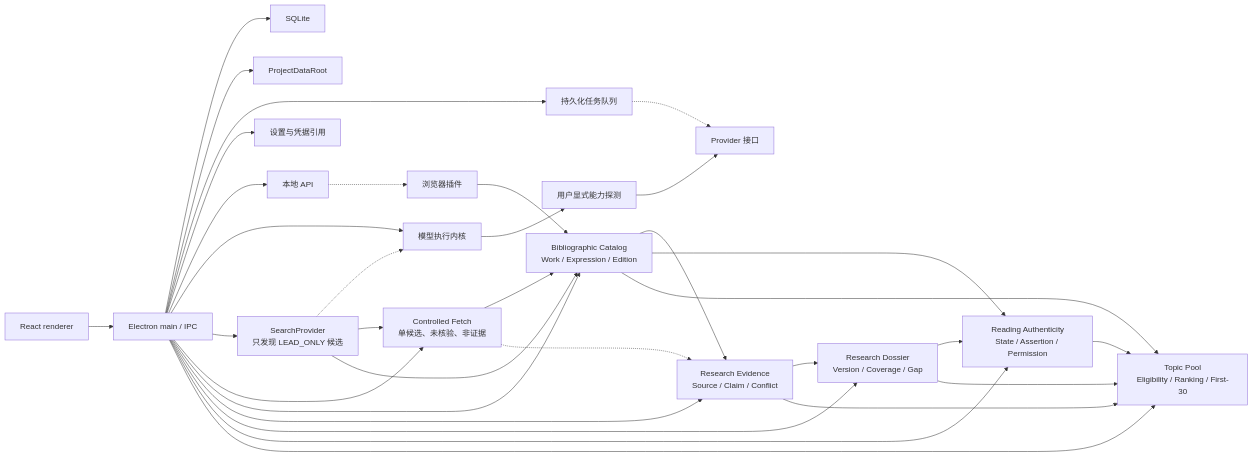
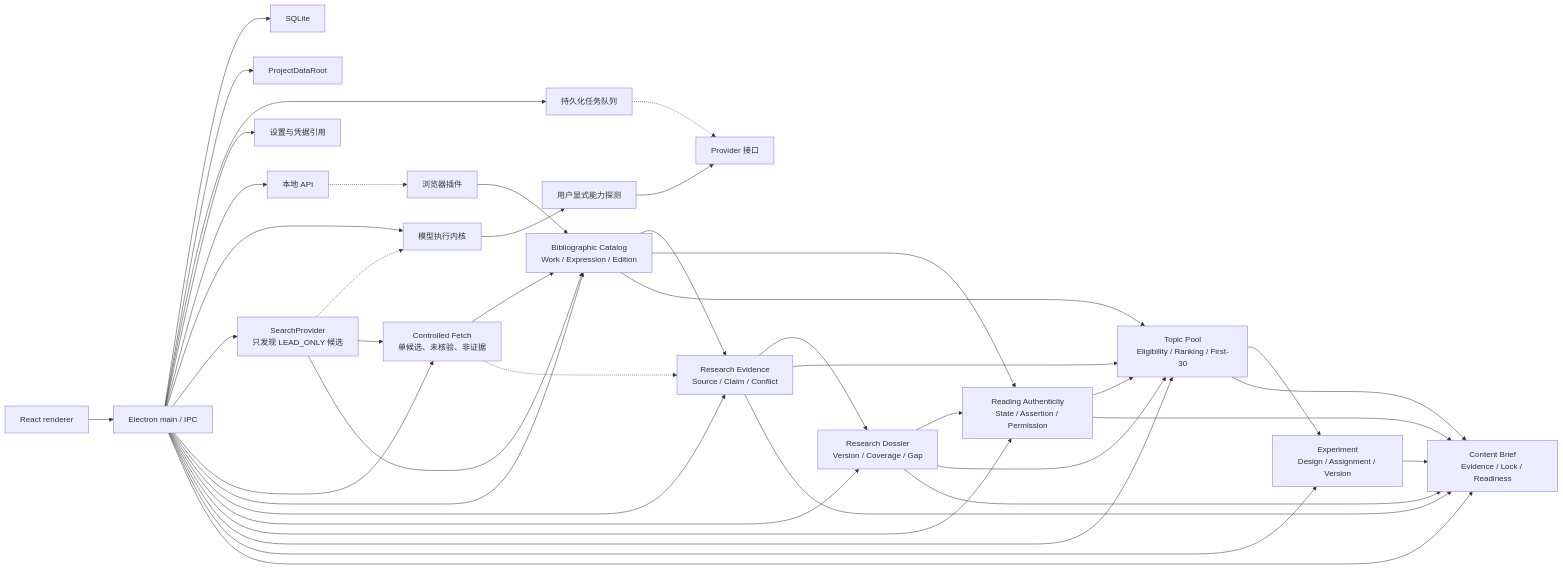
The second of 2 diagrams in README.md (KAtOReNA7/Rednote-Automated-Operation-Tool), drawn with Mermaid before and after one commit. The commit also changed other lines of this file and 85 other files, not shown here.

Commit message:
feat(content): add structured content brief generator

````diff
--- a/README.md
+++ b/README.md
@@ -160,35 +164,43 @@
 ```mermaid
 flowchart LR
     UI["React renderer"] --> MAIN["Electron main / IPC"]
     MAIN --> DB["SQLite"]
     MAIN --> FS["ProjectDataRoot"]
     MAIN --> QUEUE["持久化任务队列"]
     MAIN --> SETTINGS["设置与凭据引用"]
     MAIN --> API["本地 API"]
     MAIN --> MODEL["模型执行内核"]
     MAIN --> SEARCH["SearchProvider<br/>只发现 LEAD_ONLY 候选"]
     MAIN --> FETCH["Controlled Fetch<br/>单候选、未核验、非证据"]
     MAIN --> CATALOG["Bibliographic Catalog<br/>Work / Expression / Edition"]
     MAIN --> EVIDENCE["Research Evidence<br/>Source / Claim / Conflict"]
     MAIN --> DOSSIER["Research Dossier<br/>Version / Coverage / Gap"]
     MAIN --> AUTH["Reading Authenticity<br/>State / Assertion / Permission"]
     MAIN --> TOPICS["Topic Pool<br/>Eligibility / Ranking / First-30"]
+    MAIN --> EXPERIMENTS["Experiment<br/>Design / Assignment / Version"]
+    MAIN --> BRIEFS["Content Brief<br/>Evidence / Lock / Readiness"]
     MODEL --> PROBE["用户显式能力探测"]
     PROBE --> PROVIDERS["Provider 接口"]
     API -.-> CLIPPER["浏览器插件"]
     QUEUE -.-> PROVIDERS
     SEARCH -.-> MODEL
     SEARCH --> FETCH
     SEARCH --> CATALOG
     FETCH --> CATALOG
     CLIPPER --> CATALOG
     FETCH -.-> EVIDENCE
     CATALOG --> EVIDENCE
     EVIDENCE --> DOSSIER
     CATALOG --> AUTH
     DOSSIER --> AUTH
     CATALOG --> TOPICS
     EVIDENCE --> TOPICS
     DOSSIER --> TOPICS
     AUTH --> TOPICS
+    TOPICS --> EXPERIMENTS
+    TOPICS --> BRIEFS
+    EXPERIMENTS --> BRIEFS
+    DOSSIER --> BRIEFS
+    EVIDENCE --> BRIEFS
+    AUTH --> BRIEFS
 ```
````
